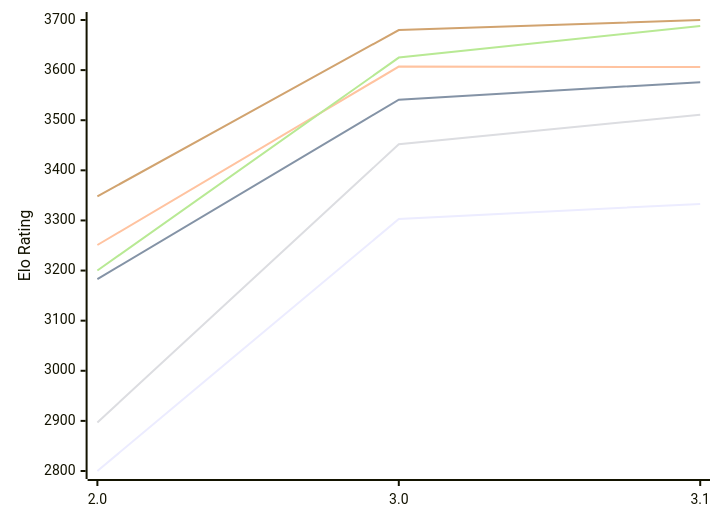
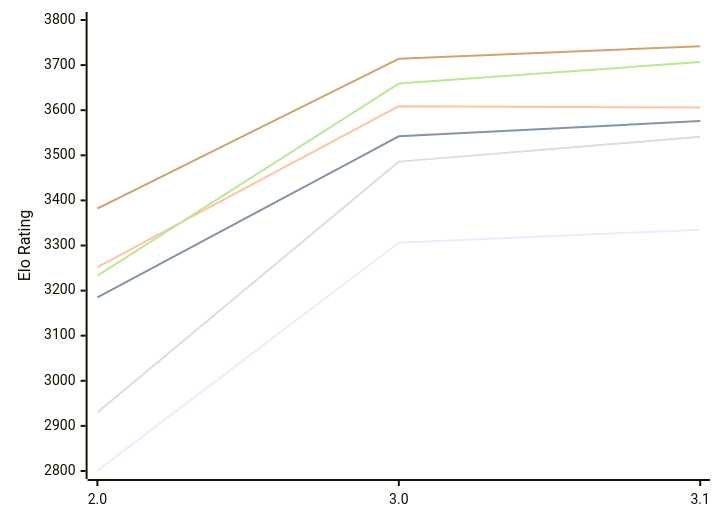
One commit to computer-chess-index/cci changed the diagram in engines/Funcomp.md. Above: the diagram before and after it, drawn with Mermaid. The commit also changed other lines of this file, not shown here.

Commit message:
Update CCI Ratings (ELO VLTC) - 2026-11-05

````diff
--- a/engines/Funcomp.md
+++ b/engines/Funcomp.md
@@ -51,12 +51,12 @@
 ```mermaid
 %%{init: {"theme":"base","themeVariables":{"seriesColors:['#a3a3a3','#222221','#faa371']}}}%%
 xychart-beta
   x-axis ["2.0", "3.0", "3.1"]
-  y-axis "Elo Rating" 2800 --> 3700
-  line "E1: STC (8.0+0.08s)" [2800, 3303, 3333]
-  line "E1: LTC (60.0+0.60s)" [3183, 3541, 3576]
-  line "E1: VLTC (2m24s+1.12s)" [3251, 3607, 3606]
-  line "P1: STC (8.0+0.08s)" [2897, 3452, 3511]
-  line "P1: LTC (60.0+0.60s)" [3200, 3625, 3688]
-  line "P1: VLTC (2m24s+1.12s)" [3348, 3680, 3700]
+  y-axis "Elo Rating" 2800 --> 3800
+  line "E1: STC (8.0+0.08s)" [2801, 3306, 3335]
+  line "E1: LTC (60.0+0.60s)" [3185, 3542, 3576]
+  line "E1: VLTC (2m24s+1.12s)" [3252, 3609, 3606]
+  line "P1: STC (8.0+0.08s)" [2930, 3486, 3541]
+  line "P1: LTC (60.0+0.60s)" [3233, 3659, 3707]
+  line "P1: VLTC (2m24s+1.12s)" [3382, 3714, 3742]
 ```
````
